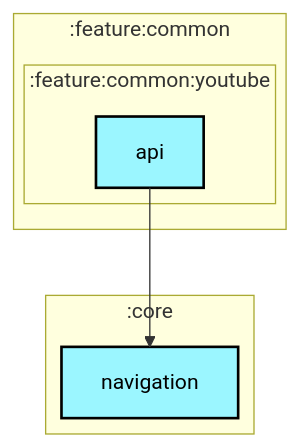
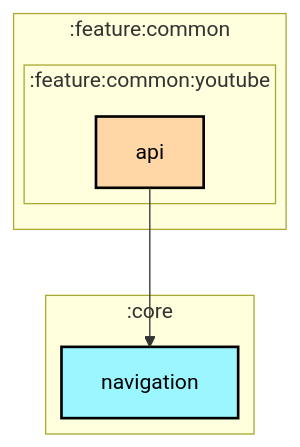
One commit to jadavchirag/jadavchirag changed the first of 2 diagrams in architecture/ParentalControlApps/feature/common/youtube/api/README.md. Above: the diagram before and after it, drawn with Mermaid. The commit also changed 26 other files, not shown here.

Commit message:
fixed feature module colors in graphs

````diff
--- a/architecture/ParentalControlApps/feature/common/youtube/api/README.md
+++ b/architecture/ParentalControlApps/feature/common/youtube/api/README.md
@@ -6,29 +6,29 @@
 ```mermaid
 ---
 config:
   layout: elk
   elk:
     nodePlacementStrategy: SIMPLE
 ---
 graph TB
   subgraph :feature:common
     direction TB
     subgraph :feature:common:youtube
       direction TB
-      :feature:common:youtube:api[api]:::android-library
+      :feature:common:youtube:api[api]:::android-feature
     end
   end
   subgraph :core
     direction TB
     :core:navigation[navigation]:::android-library
   end
 
   :feature:common:youtube:api --> :core:navigation
 
 classDef android-application fill:#CAFFBF,stroke:#000,stroke-width:2px,color:#000;
 classDef android-feature fill:#FFD6A5,stroke:#000,stroke-width:2px,color:#000;
 classDef android-library fill:#9BF6FF,stroke:#000,stroke-width:2px,color:#000;
 classDef android-test fill:#A0C4FF,stroke:#000,stroke-width:2px,color:#000;
 classDef jvm-library fill:#BDB2FF,stroke:#000,stroke-width:2px,color:#000;
 classDef unknown fill:#FFADAD,stroke:#000,stroke-width:2px,color:#000;
 ```
````
